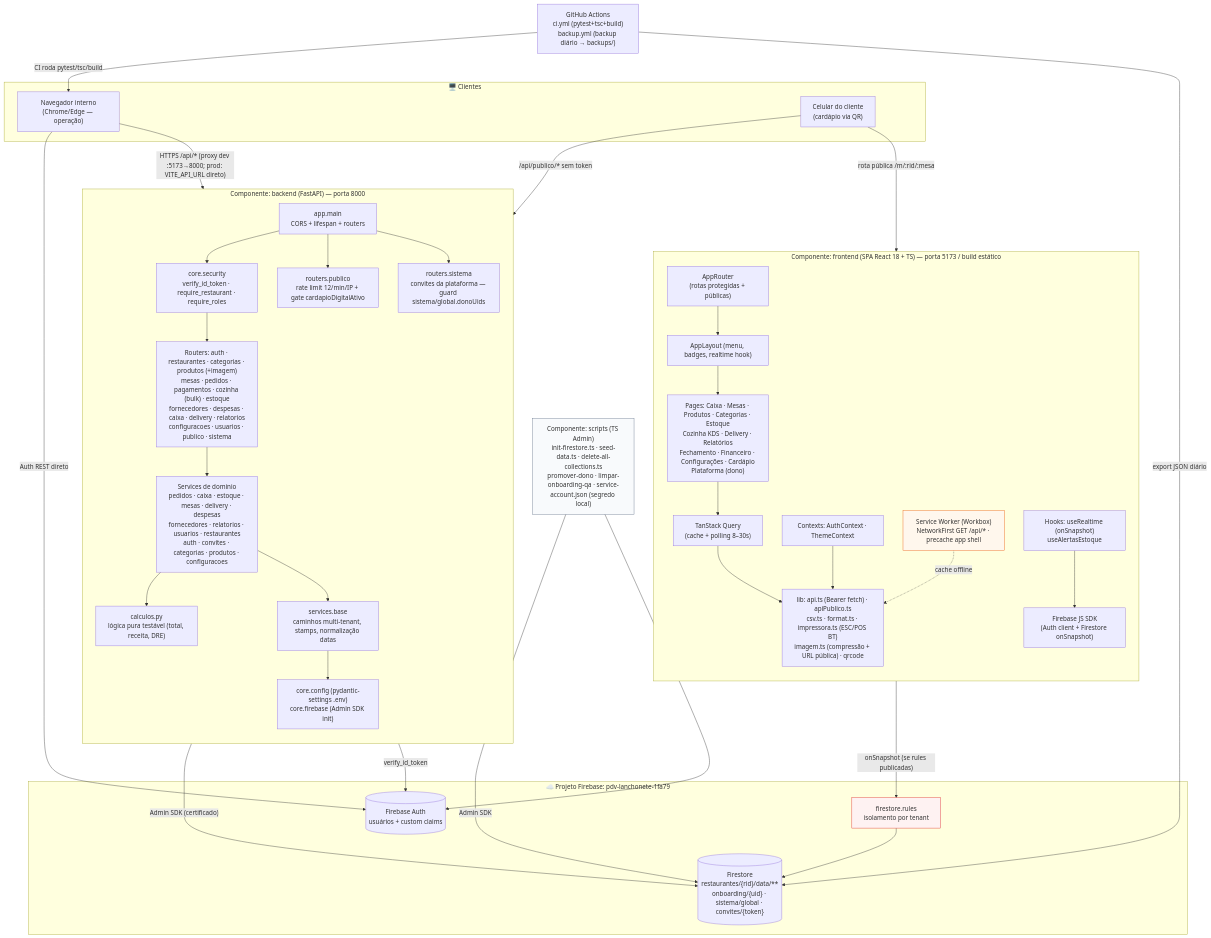
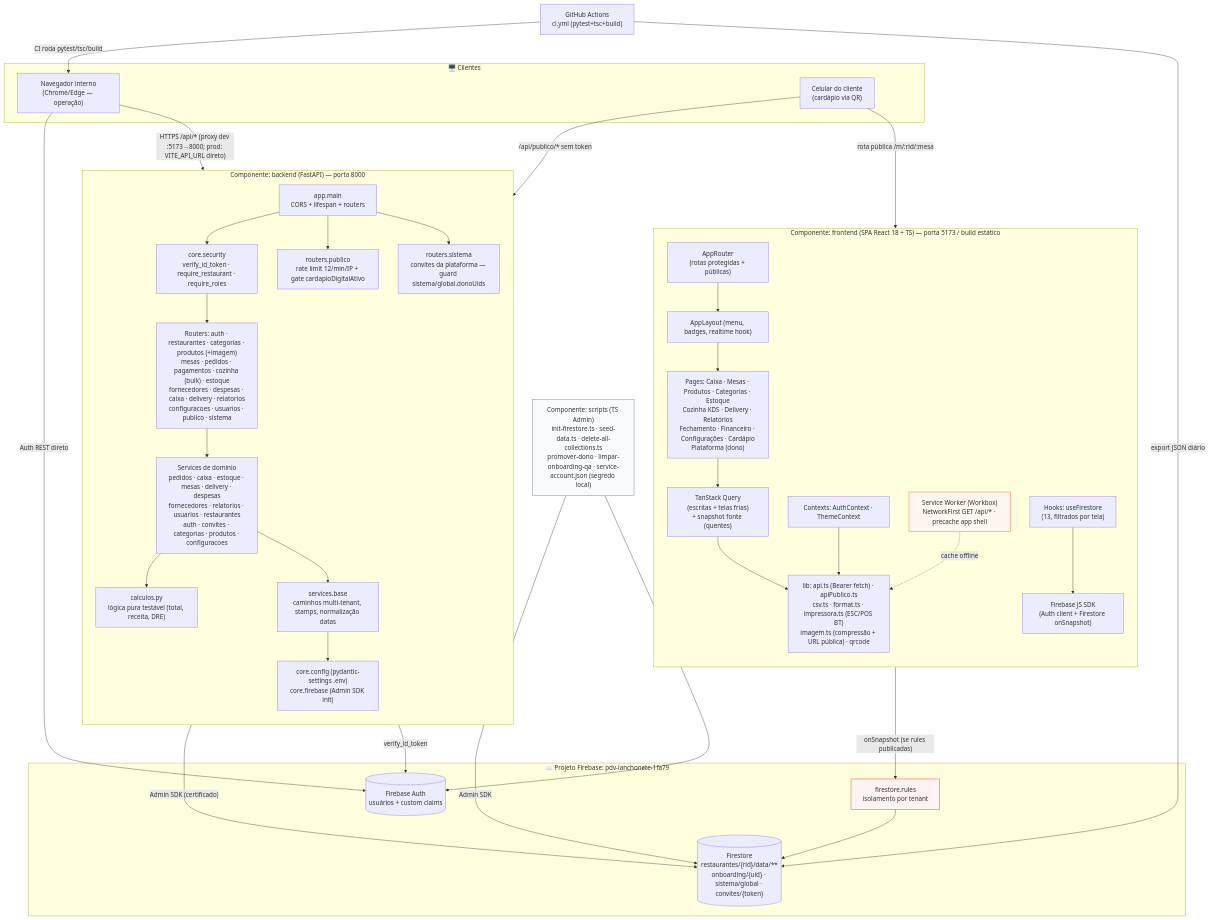
One commit to gabrielabrahaodev/pdv-lanchonete changed the diagram in docs/02-modelagem/diagrama-componentes.md. Above: the diagram before and after it, drawn with Mermaid. The commit also changed other lines of this file and 65 other files, not shown here.

First line of the commit message:
snapshot como fonte + atendente-only + precisaPreparar + agregados + docs

````diff
--- a/docs/02-modelagem/diagrama-componentes.md
+++ b/docs/02-modelagem/diagrama-componentes.md
@@ -3,77 +3,77 @@
 ```mermaid
 flowchart TB
     subgraph Clientes["🖥️ Clientes"]
         NAV["Navegador interno<br/>(Chrome/Edge — operação)"]
         MOB["Celular do cliente<br/>(cardápio via QR)"]
     end
 
     subgraph SPA["Componente: frontend (SPA React 18 + TS) — porta 5173 / build estático"]
         direction TB
         ROUTES["AppRouter<br/>(rotas protegidas + públicas)"]
         LAYOUT["AppLayout (menu, badges, realtime hook)"]
         PAGES["Pages: Caixa · Mesas · Produtos · Categorias · Estoque<br/>Cozinha KDS · Delivery · Relatórios<br/>Fechamento · Financeiro · Configurações · Cardápio<br/>Plataforma (dono)"]
         CTX["Contexts: AuthContext · ThemeContext"]
-        HOOKS["Hooks: useRealtime (onSnapshot)<br/>useAlertasEstoque"]
-        RQ["TanStack Query<br/>(cache + polling 8–30s)"]
+        HOOKS["Hooks: useFirestore<br/>(13, filtrados por tela)"]
+        RQ["TanStack Query<br/>(escritas + telas frias)<br/>+ snapshot fonte (quentes)"]
         LIBS["lib: api.ts (Bearer fetch) · apiPublico.ts<br/>csv.ts · format.ts · impressora.ts (ESC/POS BT)<br/>imagem.ts (compressão + URL pública) · qrcode"]
         FBJS["Firebase JS SDK<br/>(Auth client + Firestore onSnapshot)"]
         PWA["Service Worker (Workbox)<br/>NetworkFirst GET /api/* · precache app shell"]
     end
 
     subgraph APIB["Componente: backend (FastAPI) — porta 8000"]
         direction TB
         MAIN["app.main<br/>CORS + lifespan + routers"]
         SEC["core.security<br/>verify_id_token · require_restaurant · require_roles"]
         PUB["routers.publico<br/>rate limit 12/min/IP + gate cardapioDigitalAtivo"]
         SIS["routers.sistema<br/>convites da plataforma — guard sistema/global.donoUids"]
         ROUTERS["Routers: auth · restaurantes · categorias · produtos (+imagem)<br/>mesas · pedidos · pagamentos · cozinha (bulk) · estoque<br/>fornecedores · despesas · caixa · delivery · relatorios<br/>configuracoes · usuarios · publico · sistema"]
         SERVICES["Services de domínio<br/>pedidos · caixa · estoque · mesas · delivery · despesas<br/>fornecedores · relatorios · usuarios · restaurantes<br/>auth · convites · categorias · produtos · configuracoes"]
         CALC["calculos.py<br/>lógica pura testável (total, receita, DRE)"]
         BASE["services.base<br/>caminhos multi-tenant, stamps, normalização datas"]
         CFG["core.config (pydantic-settings .env)<br/>core.firebase (Admin SDK init)"]
     end
 
     subgraph FIREBASE["☁️ Projeto Firebase: pdv-lanchonete-1fa79"]
         AUTH[("Firebase Auth<br/>usuários + custom claims")]
         FS[("Firestore<br/>restaurantes/{rid}/data/**<br/>onboarding/{uid} · sistema/global · convites/{token}")]
         RULES["firestore.rules<br/>isolamento por tenant"]
     end
 
     SCRIPTS["Componente: scripts (TS Admin)<br/>init-firestore.ts · seed-data.ts · delete-all-collections.ts<br/>promover-dono · limpar-onboarding-qa · service-account.json (segredo local)"]
 
-    GHACTIONS["GitHub Actions<br/>ci.yml (pytest+tsc+build)<br/>backup.yml (backup diário → backups/)"]
+    GHACTIONS["GitHub Actions<br/>ci.yml (pytest+tsc+build)"]
 
     %% Fluxos
     NAV -->|"HTTPS /api/* (proxy dev :5173→8000; prod: VITE_API_URL direto)"| MAIN
     MOB -->|"rota pública /m/:rid/:mesa"| PAGES
     NAV -->|"Auth REST direto"| AUTH
     MOB -->|"/api/publico/* sem token"| PUB
 
     ROUTES --> LAYOUT --> PAGES
     PAGES --> RQ
     RQ --> LIBS
     CTX --> LIBS
     HOOKS --> FBJS
     PWA -. cache offline .-> LIBS
 
     MAIN --> SEC
     MAIN --> PUB
     MAIN --> SIS
     SEC --> ROUTERS
     ROUTERS --> SERVICES
     SERVICES --> CALC
     SERVICES --> BASE
     BASE --> CFG
     CFG -->|"Admin SDK (certificado)"| FS
     SEC -->|"verify_id_token"| AUTH
     FBJS -->|"onSnapshot (se rules publicadas)"| RULES
     RULES --> FS
     SCRIPTS -->|"Admin SDK"| FS
     SCRIPTS --> AUTH
     GHACTIONS -->|"CI roda pytest/tsc/build"| NAV
     GHACTIONS -->|"export JSON diário"| FS
 
     style PWA fill:#fff7ed,stroke:#ea580c
     style RULES fill:#fef2f2,stroke:#dc2626
     style SCRIPTS fill:#f8fafc,stroke:#64748b
 ```
````
